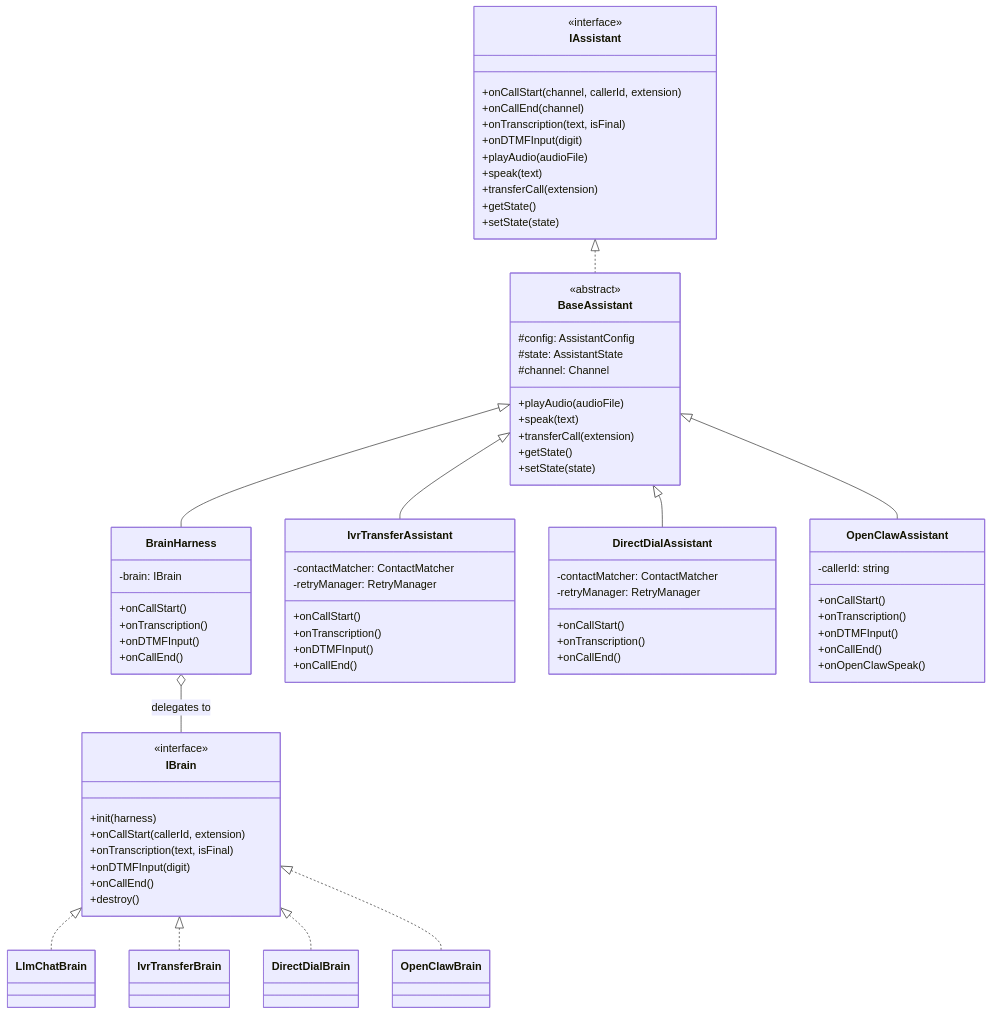
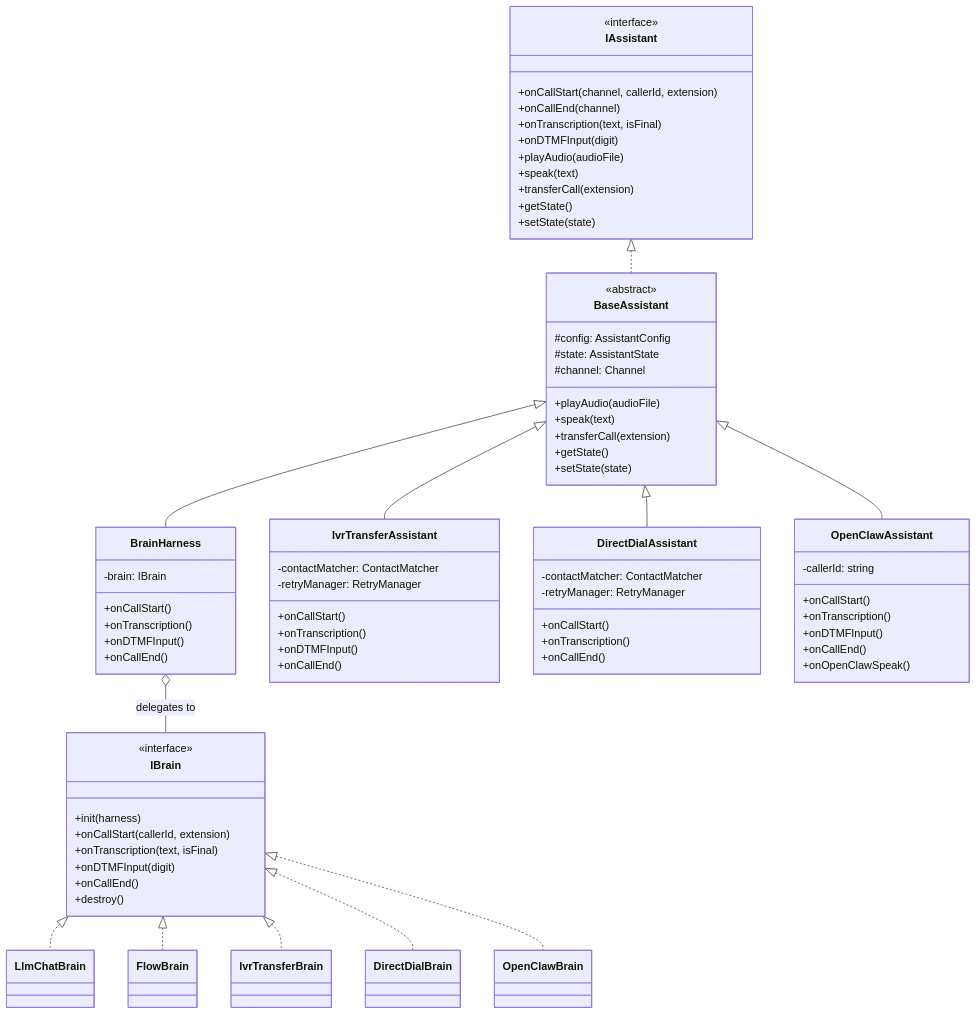
One commit to alexiokay/AriLink changed the second of 5 diagrams in docs/ASSISTANT-ARCHITECTURE.md. Above: the diagram before and after it, drawn with Mermaid. The commit also changed other lines of this file and 64 other files, not shown here.

First line of the commit message:
Add flow builder, prompt layers, brain-aware config, and LLM tool calling

```diff
--- a/docs/ASSISTANT-ARCHITECTURE.md
+++ b/docs/ASSISTANT-ARCHITECTURE.md
@@ -189,6 +192,7 @@
     BaseAssistant <|-- BrainHarness
     BrainHarness o-- IBrain : delegates to
     IBrain <|.. LlmChatBrain
+    IBrain <|.. FlowBrain
     IBrain <|.. IvrTransferBrain
     IBrain <|.. DirectDialBrain
     IBrain <|.. OpenClawBrain
```
